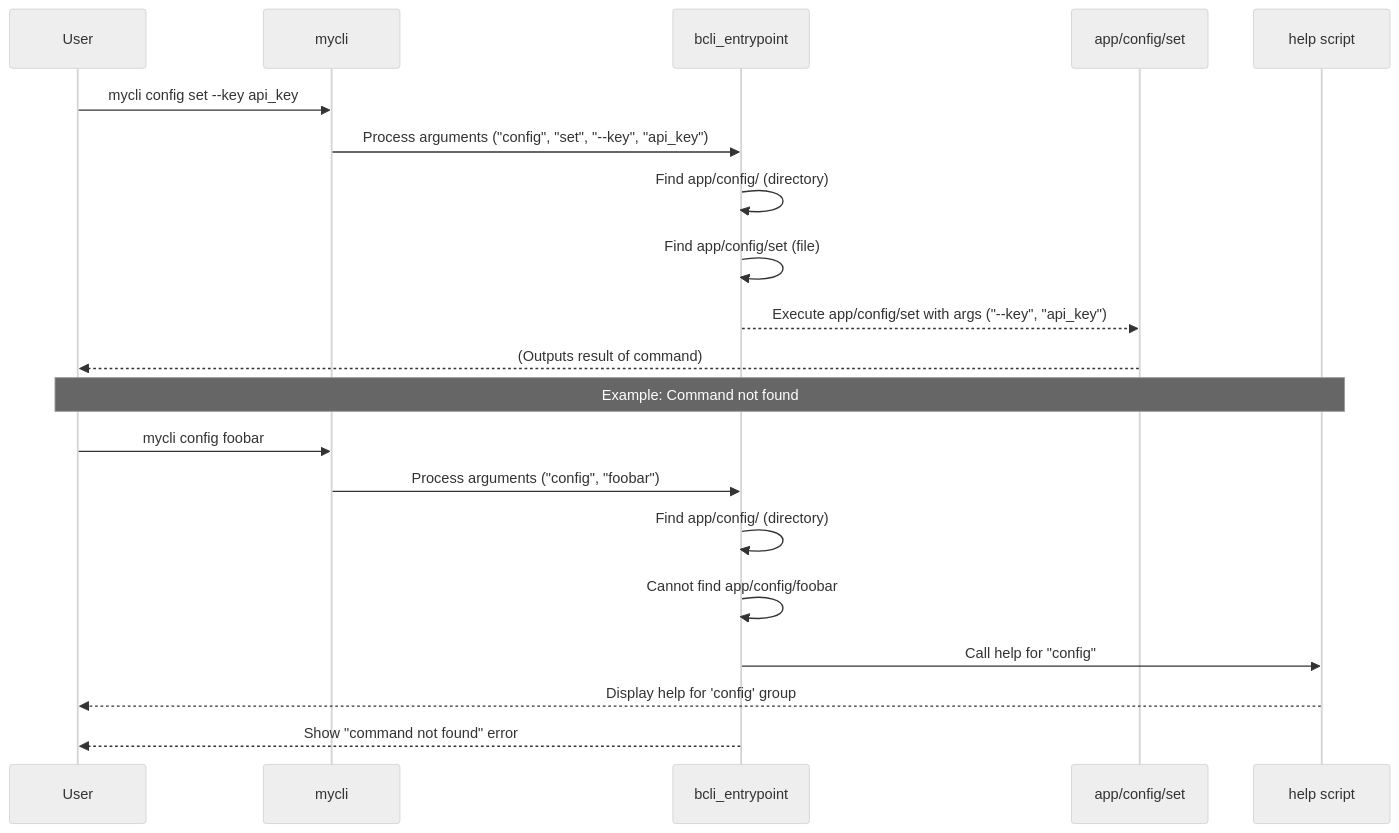
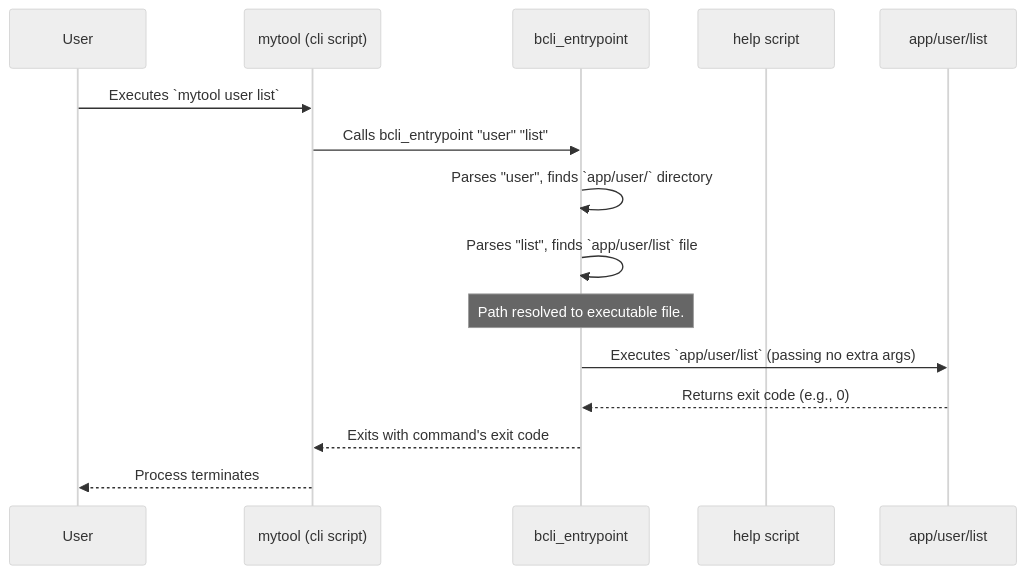
One commit to aireilly/bash-cli-docs-test changed the first of 2 diagrams in docs/02_command_dispatcher_.md. Above: the diagram before and after it, drawn with Mermaid (neutral theme). The commit also changed other lines of this file and 6 other files, not shown here.

````diff
--- a/docs/02_command_dispatcher_.md
+++ b/docs/02_command_dispatcher_.md
@@ -54,24 +27,18 @@
 ```mermaid
 sequenceDiagram
-    participant User
-    participant CLI_Entrypoint as mycli
-    participant Dispatcher as bcli_entrypoint
-    participant CommandScript as app/config/set
-    participant HelpSystem as help script
+    participant U as User
+    participant CLI as mytool (cli script)
+    participant BEP as bcli_entrypoint
+    participant Help as help script
+    participant CMD as app/user/list
 
-    User->>CLI_Entrypoint: mycli config set --key api_key
-    CLI_Entrypoint->>Dispatcher: Process arguments ("config", "set", "--key", "api_key")
-    Dispatcher->>Dispatcher: Find app/config/ (directory)
-    Dispatcher->>Dispatcher: Find app/config/set (file)
-    Dispatcher-->>CommandScript: Execute app/config/set with args ("--key", "api_key")
-    CommandScript-->>User: (Outputs result of command)
-
-    Note over User, HelpSystem: Example: Command not found
-    User->>CLI_Entrypoint: mycli config foobar
-    CLI_Entrypoint->>Dispatcher: Process arguments ("config", "foobar")
-    Dispatcher->>Dispatcher: Find app/config/ (directory)
-    Dispatcher->>Dispatcher: Cannot find app/config/foobar
-    Dispatcher->>HelpSystem: Call help for "config"
-    HelpSystem-->>User: Display help for 'config' group
-    Dispatcher-->>User: Show "command not found" error
+    U->>CLI: Executes `mytool user list`
+    CLI->>BEP: Calls bcli_entrypoint "user" "list"
+    BEP->>BEP: Parses "user", finds `app/user/` directory
+    BEP->>BEP: Parses "list", finds `app/user/list` file
+    Note over BEP: Path resolved to executable file.
+    BEP->>CMD: Executes `app/user/list` (passing no extra args)
+    CMD-->>BEP: Returns exit code (e.g., 0)
+    BEP-->>CLI: Exits with command's exit code
+    CLI-->>U: Process terminates
 ```
````
